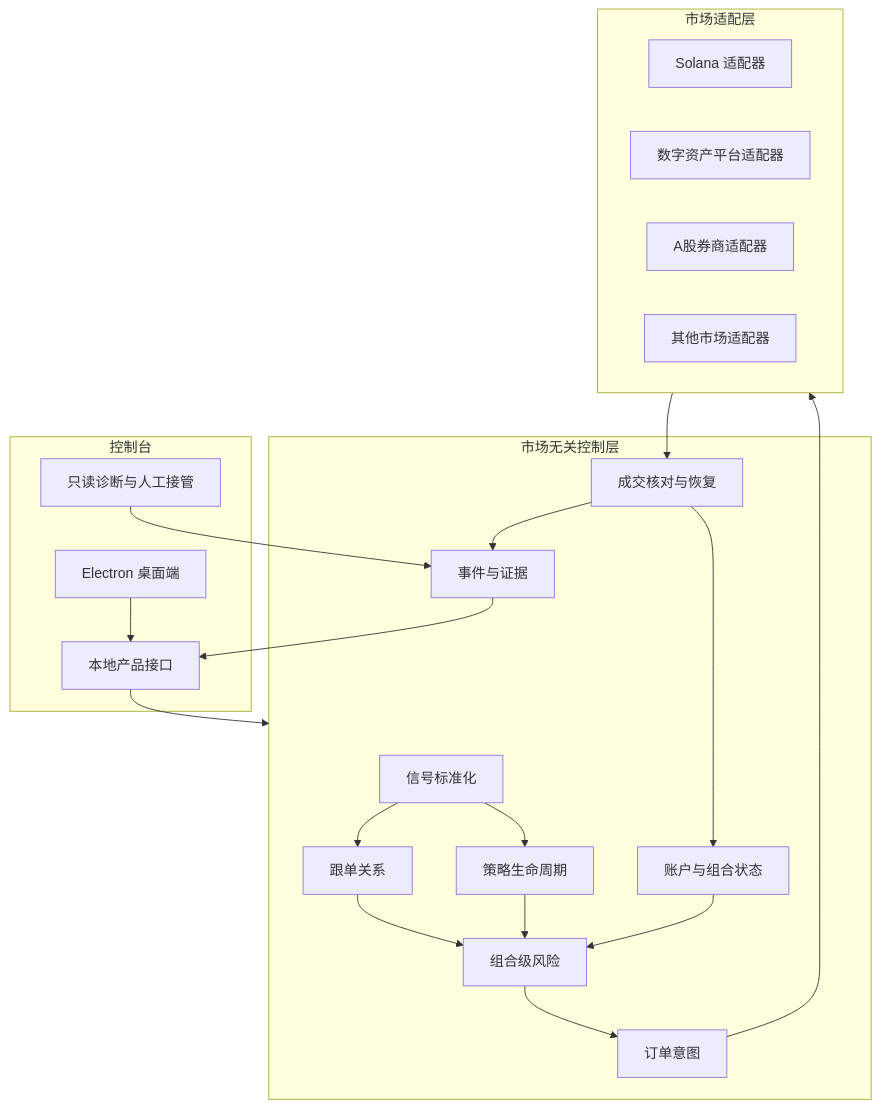
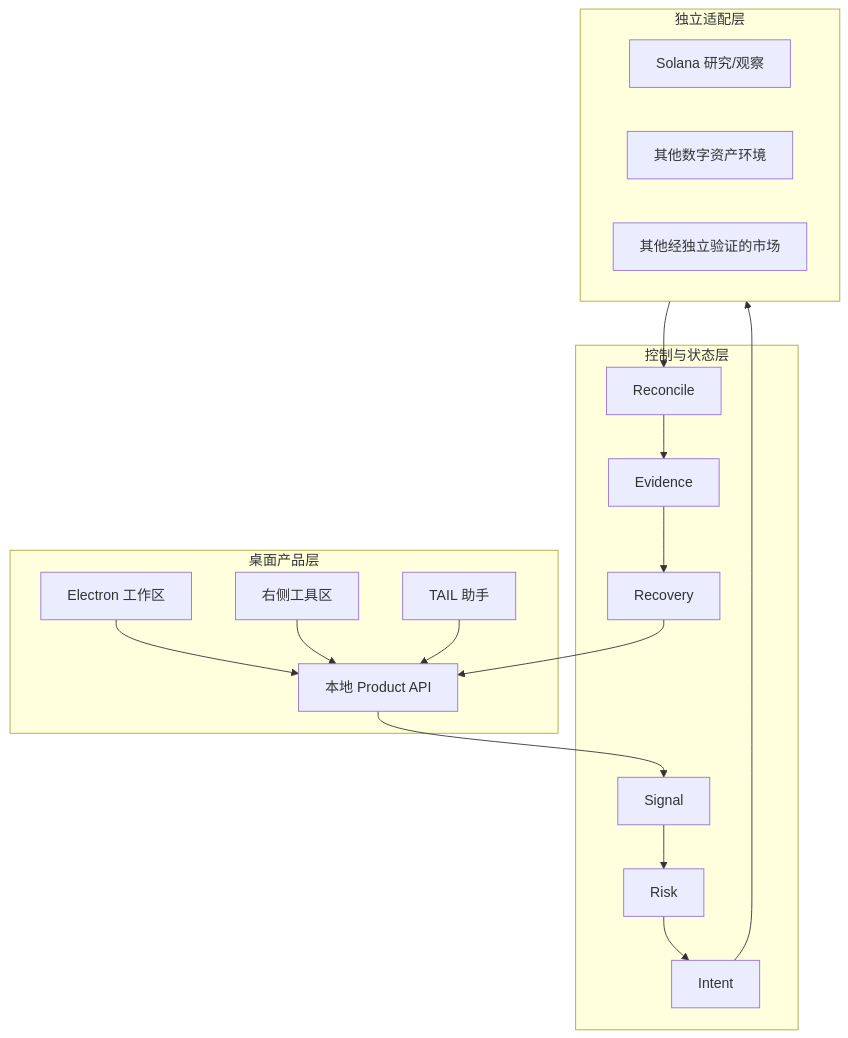
Before and after one commit to Tailovo/tail-trading-workspace: the diagram in ARCHITECTURE.md, drawn with Mermaid. The commit also changed other lines of this file and 30 other files, not shown here.

````diff
--- a/ARCHITECTURE.md
+++ b/ARCHITECTURE.md
@@ -7,41 +7,36 @@
 ```mermaid
 flowchart TB
-    subgraph CONSOLE[控制台]
-        DESKTOP[Electron 桌面端]
-        API[本地产品接口]
-        DIAG[只读诊断与人工接管]
+    subgraph DESKTOP[桌面产品层]
+        UI[Electron 工作区]
+        TOOLS[右侧工具区]
+        LOCAL[本地 Product API]
+        ASSIST[TAIL 助手]
     end
 
-    subgraph CONTROL[市场无关控制层]
-        SIGNAL[信号标准化]
-        COPY[跟单关系]
-        STRATEGY[策略生命周期]
-        PORTFOLIO[账户与组合状态]
-        RISK[组合级风险]
-        INTENT[订单意图]
-        RECON[成交核对与恢复]
-        EVIDENCE[事件与证据]
+    subgraph CONTROL[控制与状态层]
+        SIGNAL[Signal]
+        RISK[Risk]
+        INTENT[Intent]
+        RECON[Reconcile]
+        EVIDENCE[Evidence]
+        RECOVERY[Recovery]
     end
 
-    subgraph ADAPTERS[市场适配层]
-        SOL[Solana 适配器]
-        CEX[数字资产平台适配器]
-        CN[A股券商适配器]
-        OTHER[其他市场适配器]
+    subgraph ADAPTERS[独立适配层]
+        SOL[Solana 研究/观察]
+        DIGITAL[其他数字资产环境]
+        OTHER[其他经独立验证的市场]
     end
 
-    DESKTOP --> API
-    API --> CONTROL
-    DIAG --> EVIDENCE
-    SIGNAL --> COPY
-    SIGNAL --> STRATEGY
-    COPY --> RISK
-    STRATEGY --> RISK
-    PORTFOLIO --> RISK
+    UI --> LOCAL
+    TOOLS --> LOCAL
+    ASSIST --> LOCAL
+    LOCAL --> SIGNAL
+    SIGNAL --> RISK
     RISK --> INTENT
     INTENT --> ADAPTERS
     ADAPTERS --> RECON
-    RECON --> PORTFOLIO
     RECON --> EVIDENCE
-    EVIDENCE --> API
+    EVIDENCE --> RECOVERY
+    RECOVERY --> LOCAL
 ```
````
